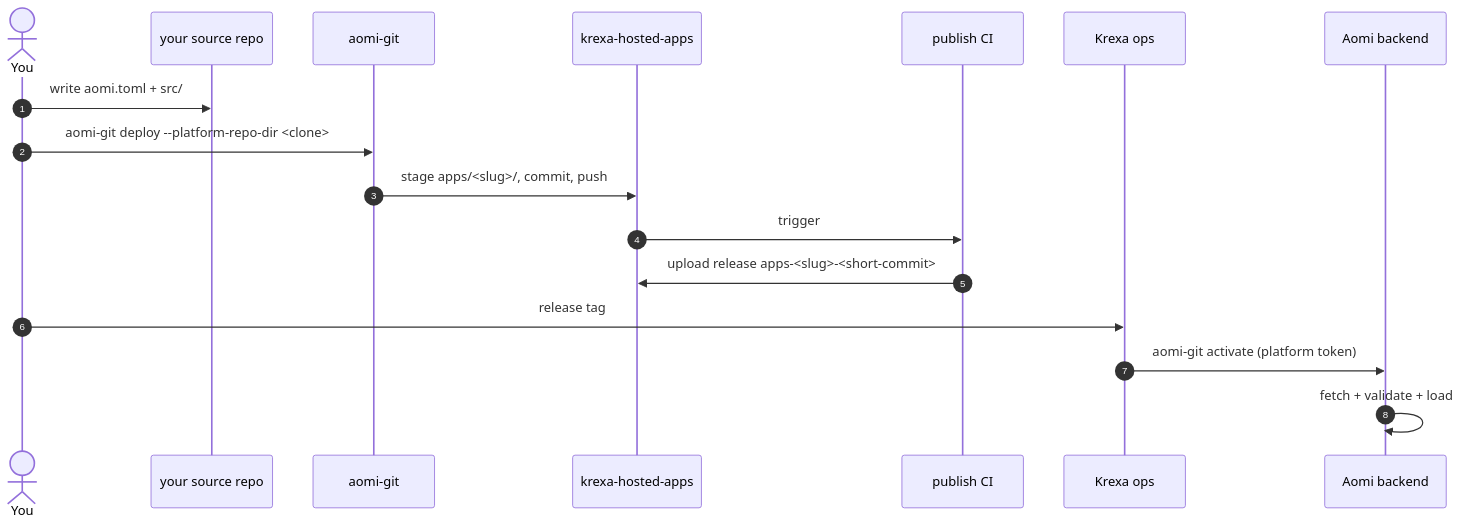
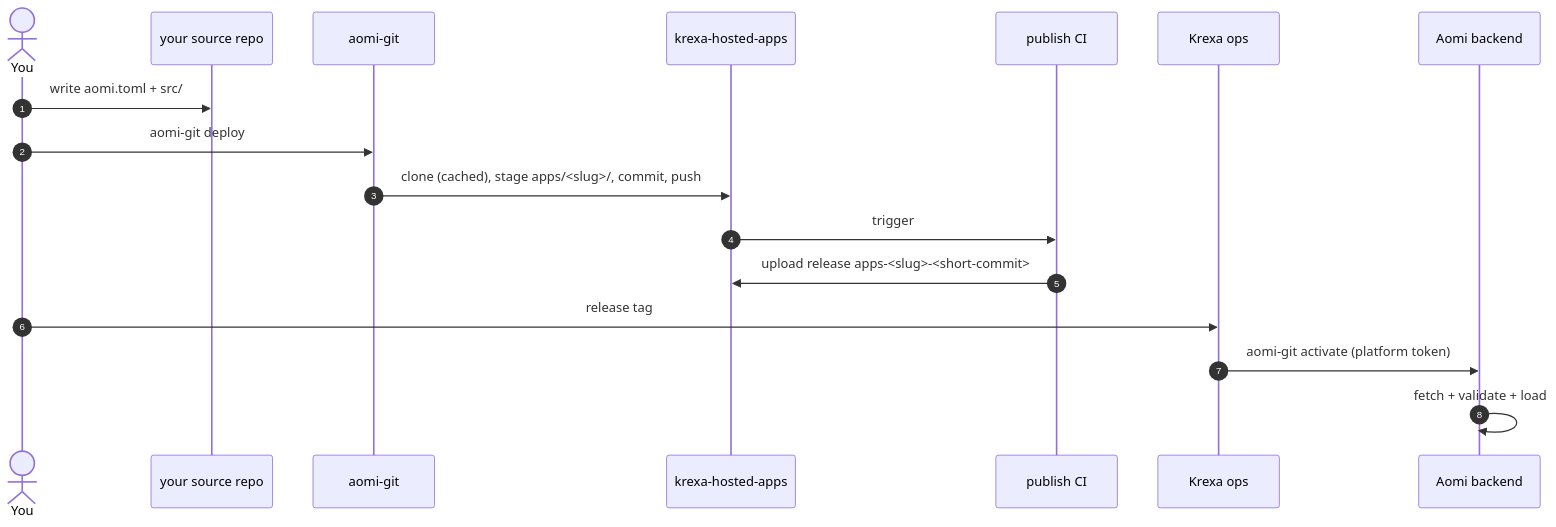
Before and after one commit to aomi-labs/krexa-hosted-apps: the diagram in CONTRIBUTING.md, drawn with Mermaid. The commit also changed other lines of this file and 1 other file, not shown here.

First line of the commit message:
docs: update for unified aomi-git CLI surface + transit cache

````diff
--- a/CONTRIBUTING.md
+++ b/CONTRIBUTING.md
@@ -10,20 +10,20 @@
 ```mermaid
 sequenceDiagram
     autonumber
     actor You
     participant Src as your source repo
     participant CLI as aomi-git
     participant Repo as krexa-hosted-apps
     participant CI as publish CI
     participant Ops as Krexa ops
     participant BE as Aomi backend
 
     You->>Src: write aomi.toml + src/
-    You->>CLI: aomi-git deploy --platform-repo-dir <clone>
-    CLI->>Repo: stage apps/<slug>/, commit, push
+    You->>CLI: aomi-git deploy
+    CLI->>Repo: clone (cached), stage apps/<slug>/, commit, push
     Repo->>CI: trigger
     CI->>Repo: upload release apps-<slug>-<short-commit>
     You->>Ops: release tag
     Ops->>BE: aomi-git activate (platform token)
     BE->>BE: fetch + validate + load
 ```
````
